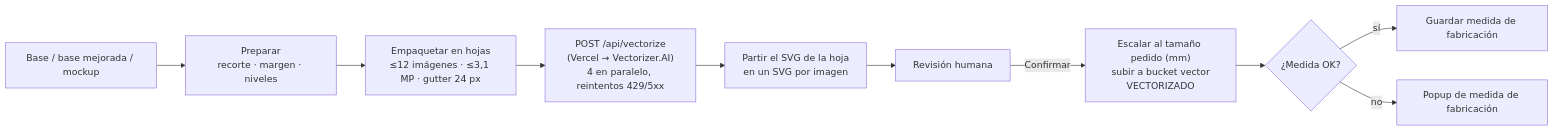
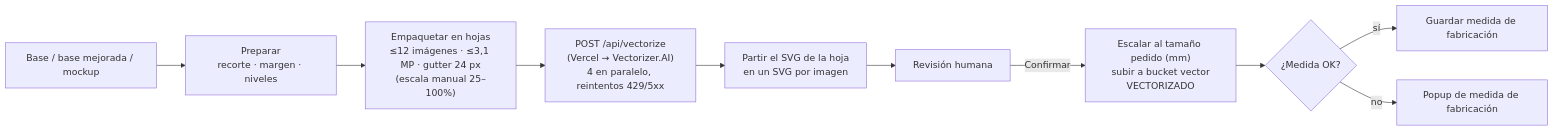
The diagram in docs/02-modules/vectorizacion/README.md (madwin2/App-Alcohn-Final), drawn with Mermaid before and after one commit. The commit also changed other lines of this file and 13 other files, not shown here.

````diff
--- a/docs/02-modules/vectorizacion/README.md
+++ b/docs/02-modules/vectorizacion/README.md
@@ -32,12 +33,12 @@
 ```mermaid
 flowchart LR
   A["Base / base mejorada / mockup"] --> B["Preparar<br/>recorte · margen · niveles"]
-  B --> C["Empaquetar en hojas<br/>≤12 imágenes · ≤3,1 MP · gutter 24 px"]
+  B --> C["Empaquetar en hojas<br/>≤12 imágenes · ≤3,1 MP · gutter 24 px<br/>(escala manual 25–100%)"]
   C --> D["POST /api/vectorize<br/>(Vercel → Vectorizer.AI)<br/>4 en paralelo, reintentos 429/5xx"]
   D --> E["Partir el SVG de la hoja<br/>en un SVG por imagen"]
   E --> F["Revisión humana"]
   F -->|Confirmar| G["Escalar al tamaño pedido (mm)<br/>subir a bucket vector<br/>VECTORIZADO"]
   G --> H{"¿Medida OK?"}
   H -->|sí| I["Guardar medida de fabricación"]
   H -->|no| J["Popup de medida de fabricación"]
 ```
````
